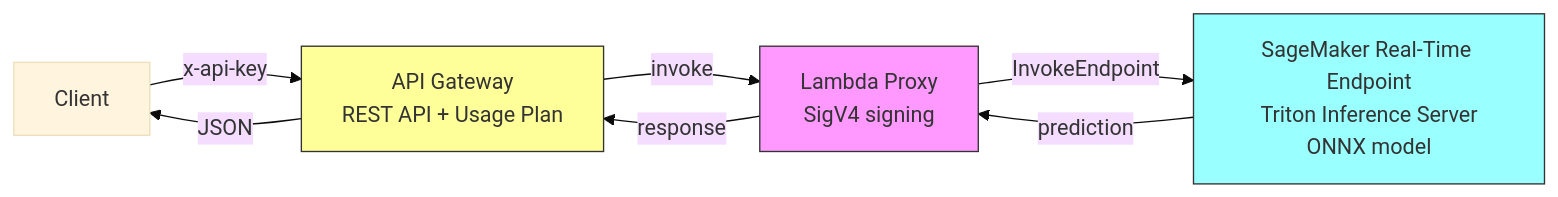
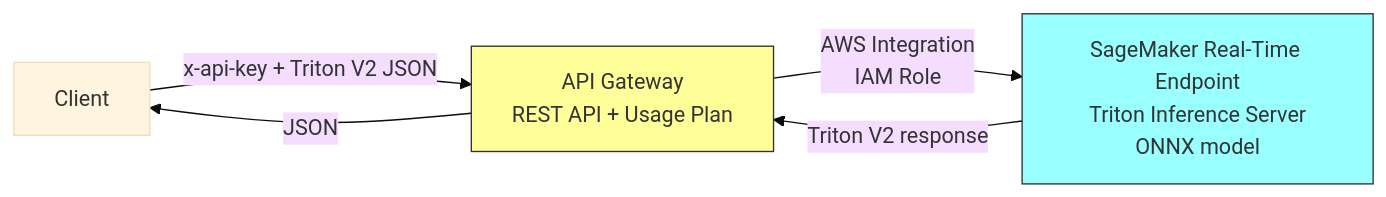
The first of 6 diagrams in .kiro/specs/mnist-inference-endpoint/design.md (ruhuitay/sagemaker), drawn with Mermaid (base theme) before and after one commit. The commit also changed other lines of this file and 4 other files, not shown here.

````diff
--- a/.kiro/specs/mnist-inference-endpoint/design.md
+++ b/.kiro/specs/mnist-inference-endpoint/design.md
@@ -13,13 +18,10 @@
 ```mermaid
 graph LR
-    Client -->|x-api-key| APIGateway[API Gateway<br/>REST API + Usage Plan]
-    APIGateway -->|invoke| Lambda[Lambda Proxy<br/>SigV4 signing]
-    Lambda -->|InvokeEndpoint| SageMaker[SageMaker Real-Time Endpoint<br/>Triton Inference Server<br/>ONNX model]
-    SageMaker -->|prediction| Lambda
-    Lambda -->|response| APIGateway
+    Client -->|x-api-key + Triton V2 JSON| APIGateway[API Gateway<br/>REST API + Usage Plan]
+    APIGateway -->|AWS Integration<br/>IAM Role| SageMaker[SageMaker Real-Time Endpoint<br/>Triton Inference Server<br/>ONNX model]
+    SageMaker -->|Triton V2 response| APIGateway
     APIGateway -->|JSON| Client
 
     style APIGateway fill:#ff9,stroke:#333
-    style Lambda fill:#f9f,stroke:#333
     style SageMaker fill:#9ff,stroke:#333
 ```
````
